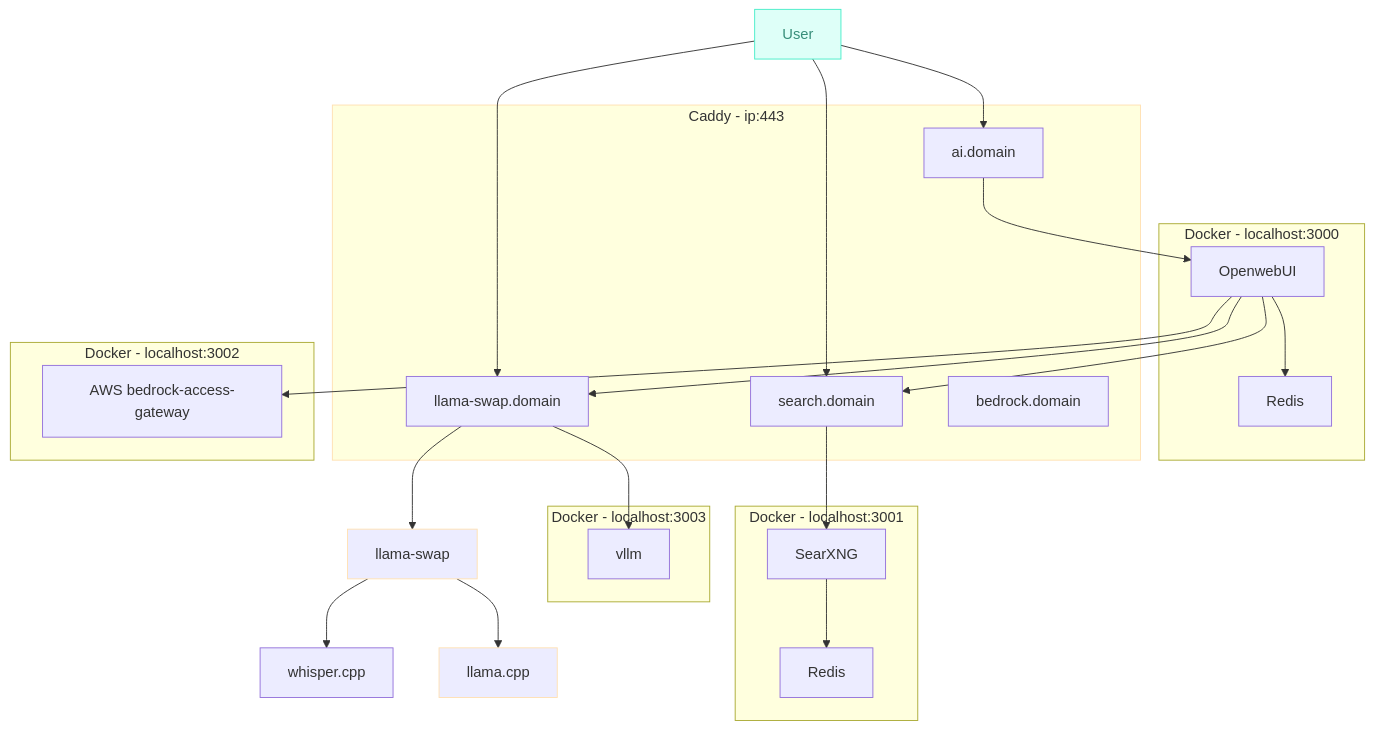
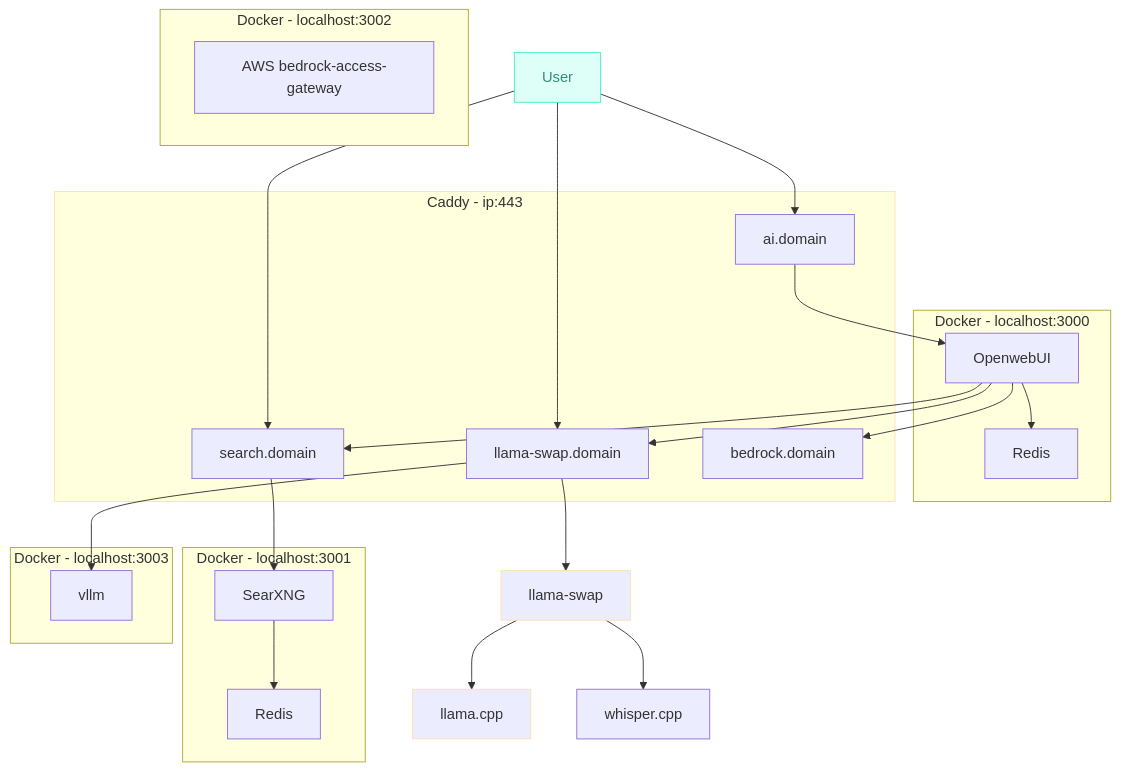
One commit to cycl00ps/ai-lab changed the diagram in README.md. Above: the diagram before and after it, drawn with Mermaid.

````diff
--- a/README.md
+++ b/README.md
@@ -13,41 +13,41 @@
 ```mermaid
 flowchart TD
  subgraph subGraph0["Docker - localhost:3000"]
         B["Redis"]
         A["OpenwebUI"]
   end
  subgraph subGraph1["Docker - localhost:3001"]
         D["Redis"]
         C["SearXNG"]
   end
  subgraph subGraph2["Caddy - ip:443"]
         E["ai.domain"]
         H["search.domain"]
         J["llama-swap.domain"]
         Y["bedrock.domain"]
   end
  subgraph subGraph3["Docker - localhost:3003"]
         K["vllm"]
   end
  subgraph subGraph4["Docker - localhost:3002"]
         L["AWS bedrock-access-gateway"]
   end
 
-    A --> B & H & J & L
+    A --> B & H & J & Y
     C --> D
     E --> A
     H --> C
     F["llama-swap"] --> G["llama.cpp"]
     F["llama-swap"] --> Z["whisper.cpp"]
     J --> K
     I["User"] --> E
     I["User"] --> H
     I --> J
     J --> F
 
 I:::Aqua
     classDef Aqua stroke-width:1px, stroke-dasharray:none, stroke:#46EDC8, fill:#DEFFF8, color:#378E7A
     style F stroke:#FFE0B2
     style G stroke:#FFE0B2
     style subGraph2 stroke:#FFE0B2
 ```
````
